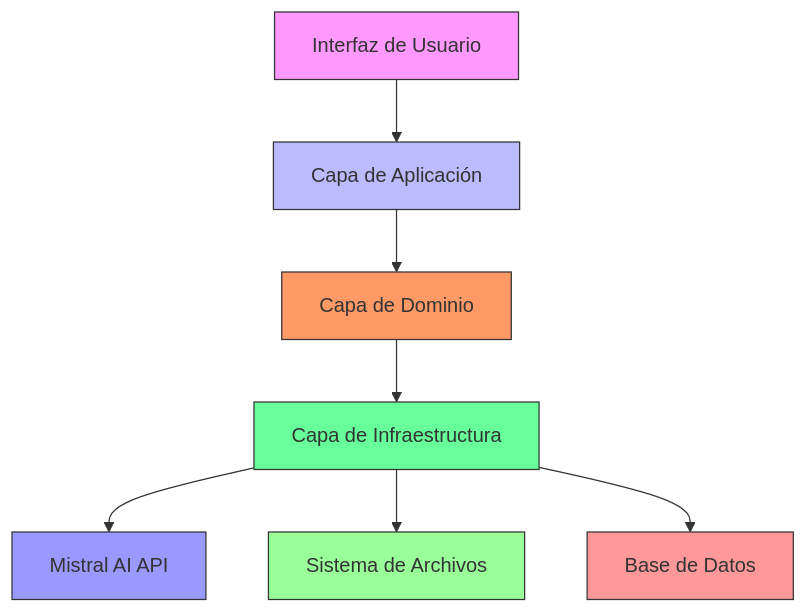
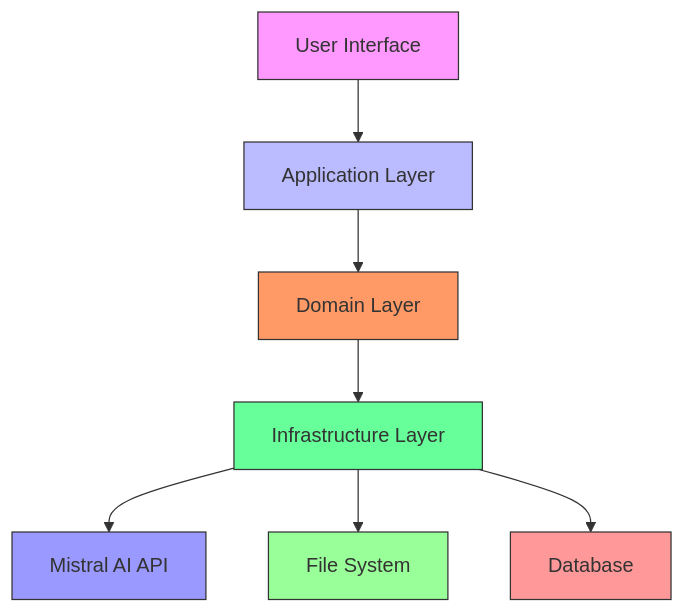
Before and after one commit to ibitato/MistralAITests: the first of 10 diagrams in docs/ARCHITECTURE.md, drawn with Mermaid. The commit also changed other lines of this file and 6 other files, not shown here.

````diff
--- a/docs/ARCHITECTURE.md
+++ b/docs/ARCHITECTURE.md
@@ -7,17 +7,17 @@
 ```mermaid
 graph TD
-    A[Interfaz de Usuario] --> B[Capa de Aplicación]
-    B --> C[Capa de Dominio]
-    C --> D[Capa de Infraestructura]
+    A[User Interface] --> B[Application Layer]
+    B --> C[Domain Layer]
+    C --> D[Infrastructure Layer]
     D --> E[Mistral AI API]
-    D --> F[Sistema de Archivos]
-    D --> G[Base de Datos]
+    D --> F[File System]
+    D --> G[Database]
 
     style A fill:#f9f,stroke:#333
     style B fill:#bbf,stroke:#333
     style C fill:#f96,stroke:#333
     style D fill:#6f9,stroke:#333
     style E fill:#99f,stroke:#333
     style F fill:#9f9,stroke:#333
     style G fill:#f99,stroke:#333
 ```
````
